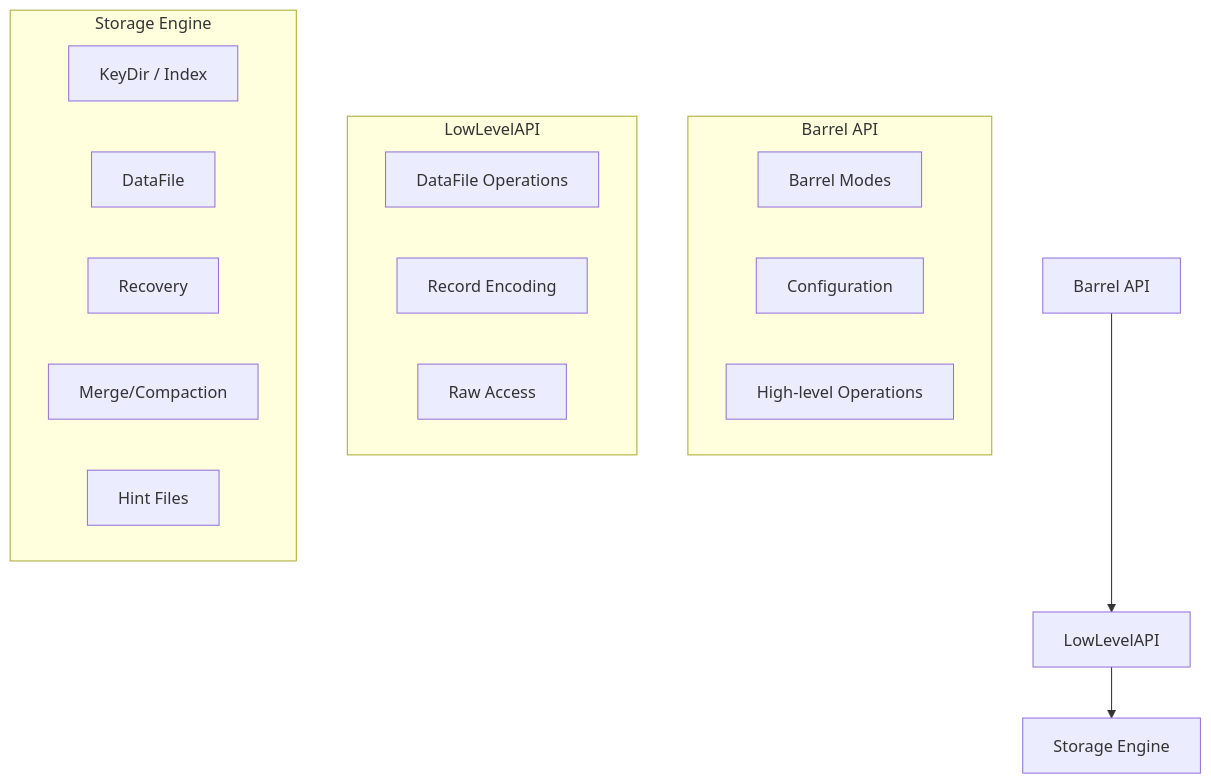
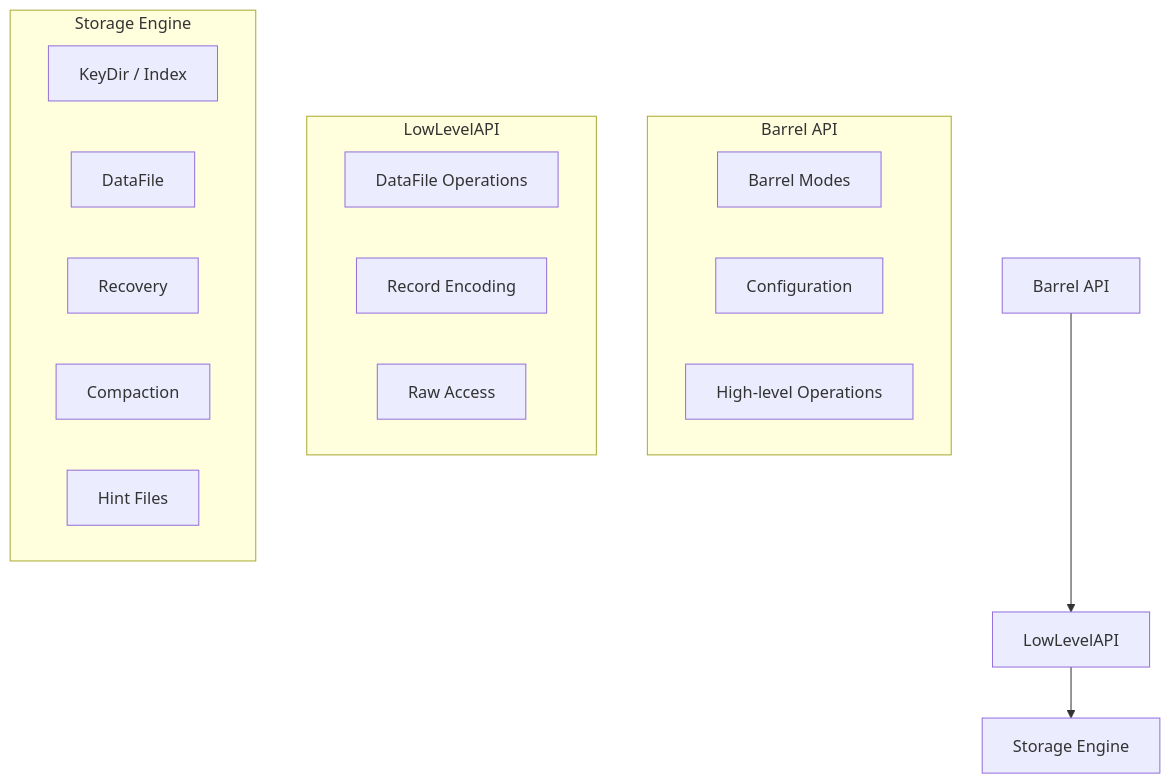
One commit to gokr/bitbarrel changed the first of 4 diagrams in docs/research/bitcask-background.md. Above: the diagram before and after it, drawn with Mermaid. The commit also changed other lines of this file and 6 other files, not shown here.

First line of the commit message:
docs: replace "merge" with "compaction" terminology

````diff
--- a/docs/research/bitcask-background.md
+++ b/docs/research/bitcask-background.md
@@ -263,25 +263,25 @@
 ```mermaid
 graph TB
     A[Barrel API] --> B[LowLevelAPI]
     B --> C[Storage Engine]
 
     subgraph "Barrel API"
         A1[Barrel Modes]
         A2[Configuration]
         A3[High-level Operations]
     end
 
     subgraph "LowLevelAPI"
         B1[DataFile Operations]
         B2[Record Encoding]
         B3[Raw Access]
     end
 
     subgraph "Storage Engine"
         C1[KeyDir / Index]
         C2[DataFile]
         C3[Recovery]
-        C4[Merge/Compaction]
+        C4[Compaction]
         C5[Hint Files]
     end
 ```
````
